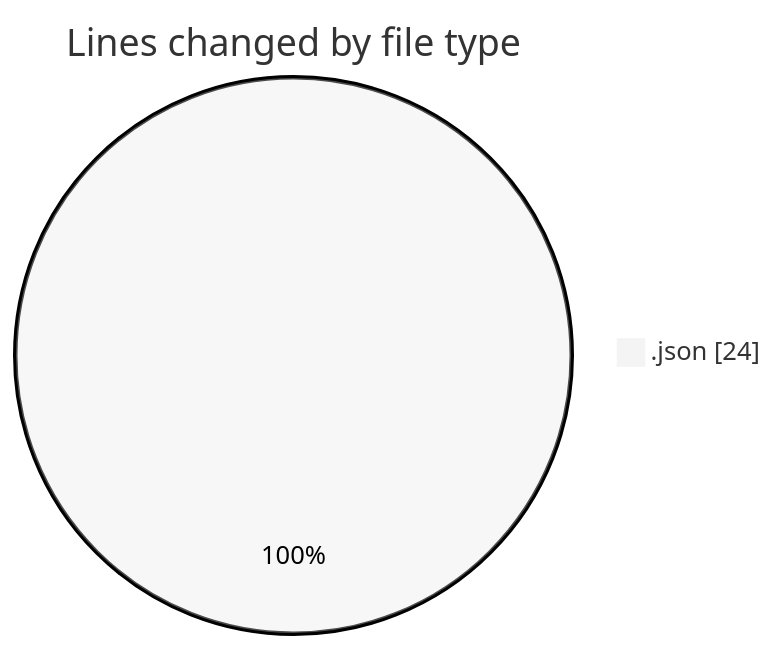
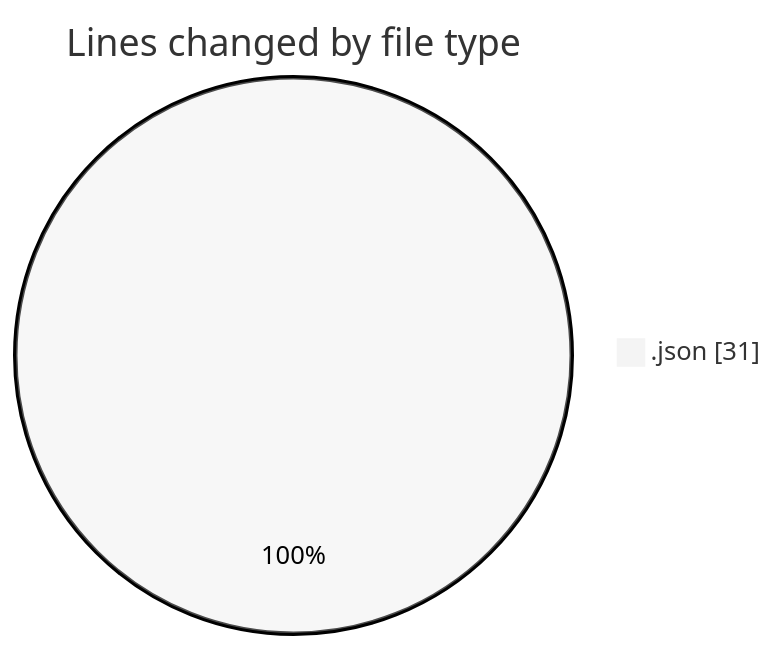
One commit to earendildev/code-tracking changed the first of 2 diagrams in 2025-05-07/scripts__workspace_/README.md. Above: the diagram before and after it, drawn with Mermaid (neutral theme). The commit also changed other lines of this file and 1 other file, not shown here.

````diff
--- a/2025-05-07/scripts__workspace_/README.md
+++ b/2025-05-07/scripts__workspace_/README.md
@@ -20,5 +20,5 @@
 ```mermaid
 pie showData
 title Lines changed by file type
-".json" : 24
+".json" : 31
 ```
````
